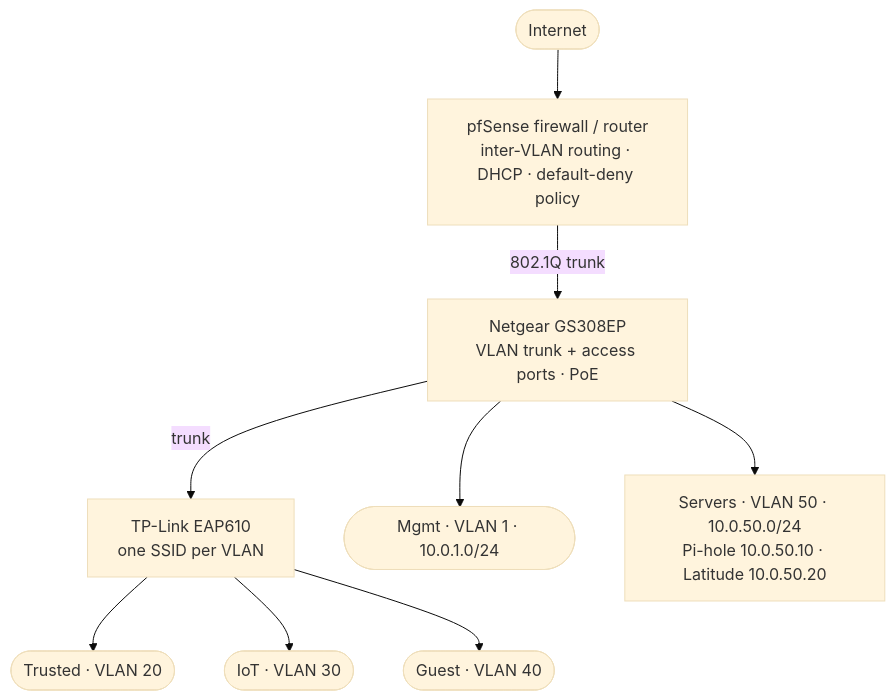
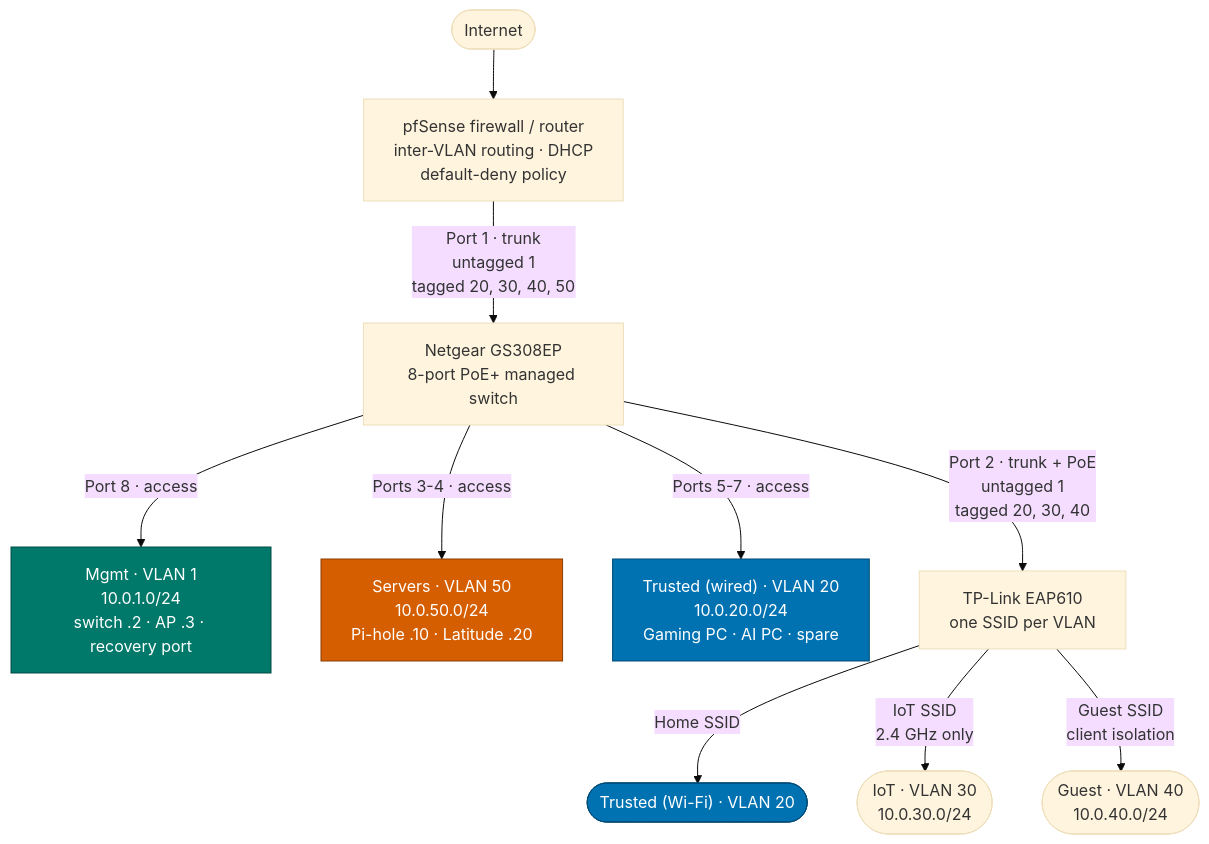
One commit to uploadtigris/network-segmentation-ids changed the diagram in README.md. Above: the diagram before and after it, drawn with Mermaid (base theme). The commit also changed other lines of this file and 1 other file, not shown here.

Commit message:
Add switch port map image under Gear; update diagram to match the port map

````diff
--- a/README.md
+++ b/README.md
@@ -62,11 +70,19 @@
 ```mermaid
 graph TD
-  NET([Internet]) --> PF["pfSense firewall / router<br/>inter-VLAN routing · DHCP · default-deny policy"]
-  PF -- "802.1Q trunk" --> SW["Netgear GS308EP<br/>VLAN trunk + access ports · PoE"]
-  SW -- "trunk" --> AP["TP-Link EAP610<br/>one SSID per VLAN"]
-  SW --> V1(["Mgmt · VLAN 1 · 10.0.1.0/24"])
-  SW --> SRV["Servers · VLAN 50 · 10.0.50.0/24<br/>Pi-hole 10.0.50.10 · Latitude 10.0.50.20"]
-  AP --> V20(["Trusted · VLAN 20"])
-  AP --> V30(["IoT · VLAN 30"])
-  AP --> V40(["Guest · VLAN 40"])
+  NET([Internet]) --> PF["pfSense firewall / router<br/>inter-VLAN routing · DHCP<br/>default-deny policy"]
+  PF -- "Port 1 · trunk<br/>untagged 1<br/>tagged 20, 30, 40, 50" --> SW["Netgear GS308EP<br/>8-port PoE+ managed switch"]
+  SW -- "Port 8 · access" --> MG["Mgmt · VLAN 1<br/>10.0.1.0/24<br/>switch .2 · AP .3 · recovery port"]
+  SW -- "Ports 3-4 · access" --> SRV["Servers · VLAN 50<br/>10.0.50.0/24<br/>Pi-hole .10 · Latitude .20"]
+  SW -- "Ports 5-7 · access" --> TW["Trusted (wired) · VLAN 20<br/>10.0.20.0/24<br/>Gaming PC · AI PC · spare"]
+  SW -- "Port 2 · trunk + PoE<br/>untagged 1<br/>tagged 20, 30, 40" --> AP["TP-Link EAP610<br/>one SSID per VLAN"]
+  AP -- "Home SSID" --> V20(["Trusted (Wi-Fi) · VLAN 20"])
+  AP -- "IoT SSID<br/>2.4 GHz only" --> V30(["IoT · VLAN 30<br/>10.0.30.0/24"])
+  AP -- "Guest SSID<br/>client isolation" --> V40(["Guest · VLAN 40<br/>10.0.40.0/24"])
+
+  classDef servers fill:#D55E00,stroke:#8a3d00,color:#ffffff
+  classDef trusted fill:#0072B2,stroke:#004a75,color:#ffffff
+  classDef mgmt fill:#00796B,stroke:#004d44,color:#ffffff
+  class SRV servers
+  class TW,V20 trusted
+  class MG mgmt
 ```
````
